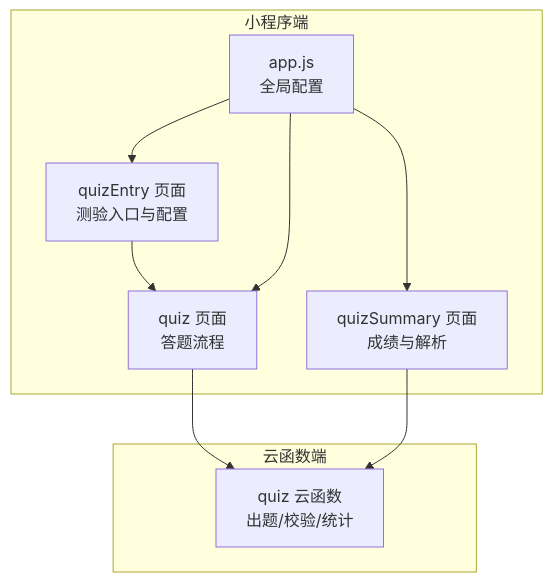
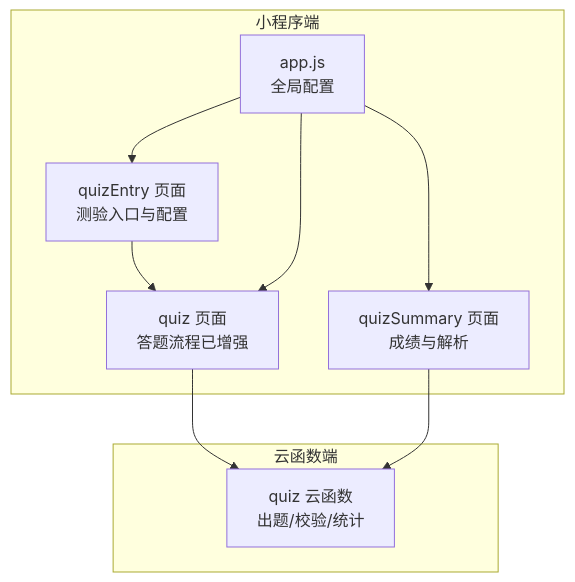
Before and after one commit to cwb7756/bio: the first of 13 diagrams in .qoder/repowiki/zh/content/核心功能模块/测验系统/测验系统.md, drawn with Mermaid. The commit also changed other lines of this file and 45 other files, not shown here.

````diff
--- a/.qoder/repowiki/zh/content/核心功能模块/测验系统/测验系统.md
+++ b/.qoder/repowiki/zh/content/核心功能模块/测验系统/测验系统.md
@@ -46,18 +48,18 @@
 ```mermaid
 graph TB
 subgraph "小程序端"
 QE["quizEntry 页面<br/>测验入口与配置"]
-Q["quiz 页面<br/>答题流程"]
+Q["quiz 页面<br/>答题流程已增强"]
 QS["quizSummary 页面<br/>成绩与解析"]
 APP["app.js<br/>全局配置"]
 end
 subgraph "云函数端"
 QF["quiz 云函数<br/>出题/校验/统计"]
 end
 QE --> Q
 Q --> QF
 QS --> QF
 APP --> QE
 APP --> Q
 APP --> QS
 ```
````
